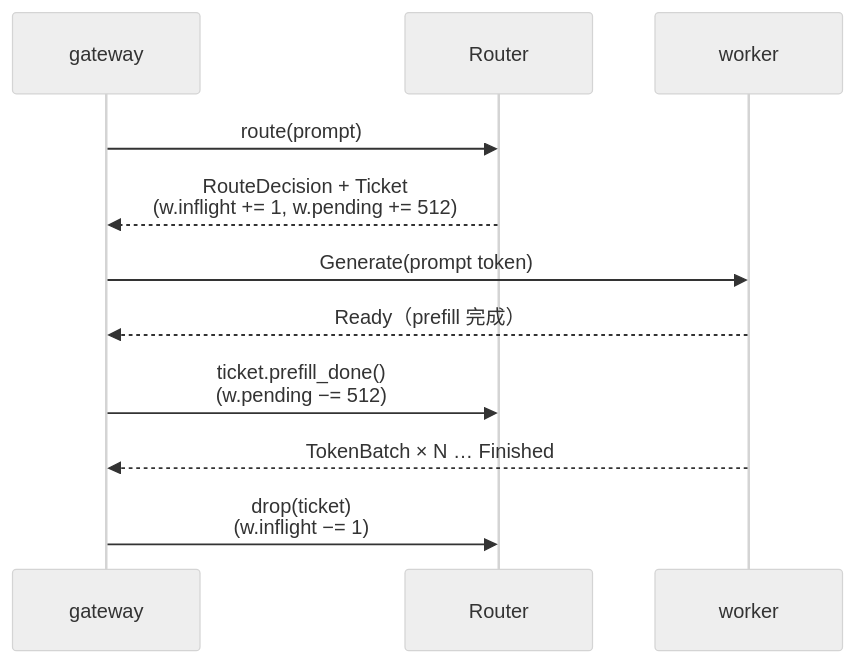
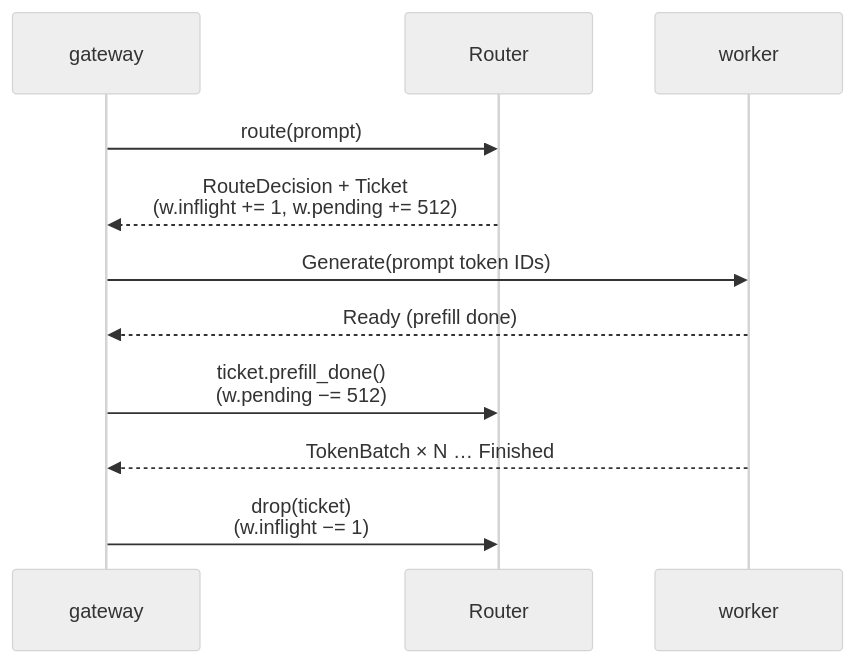
The second of 2 diagrams in docs/illustrated/04-cache-aware-routing.md (FufanLu/Inference-Framework-Agent-Based-on-DeepInfer), drawn with Mermaid (neutral theme) before and after one commit. The commit also changed other lines of this file and 11 other files, not shown here.

````diff
--- a/docs/illustrated/04-cache-aware-routing.md
+++ b/docs/illustrated/04-cache-aware-routing.md
@@ -91,13 +95,13 @@
 ```mermaid
 sequenceDiagram
     participant G as gateway
     participant R as Router
     participant W as worker
     G->>R: route(prompt)
     R-->>G: RouteDecision + Ticket<br/>(w.inflight += 1, w.pending += 512)
-    G->>W: Generate(prompt token)
-    W-->>G: Ready（prefill 完成）
+    G->>W: Generate(prompt token IDs)
+    W-->>G: Ready (prefill done)
     G->>R: ticket.prefill_done()<br/>(w.pending −= 512)
     W-->>G: TokenBatch × N … Finished
     G->>R: drop(ticket)<br/>(w.inflight −= 1)
 ```
````
